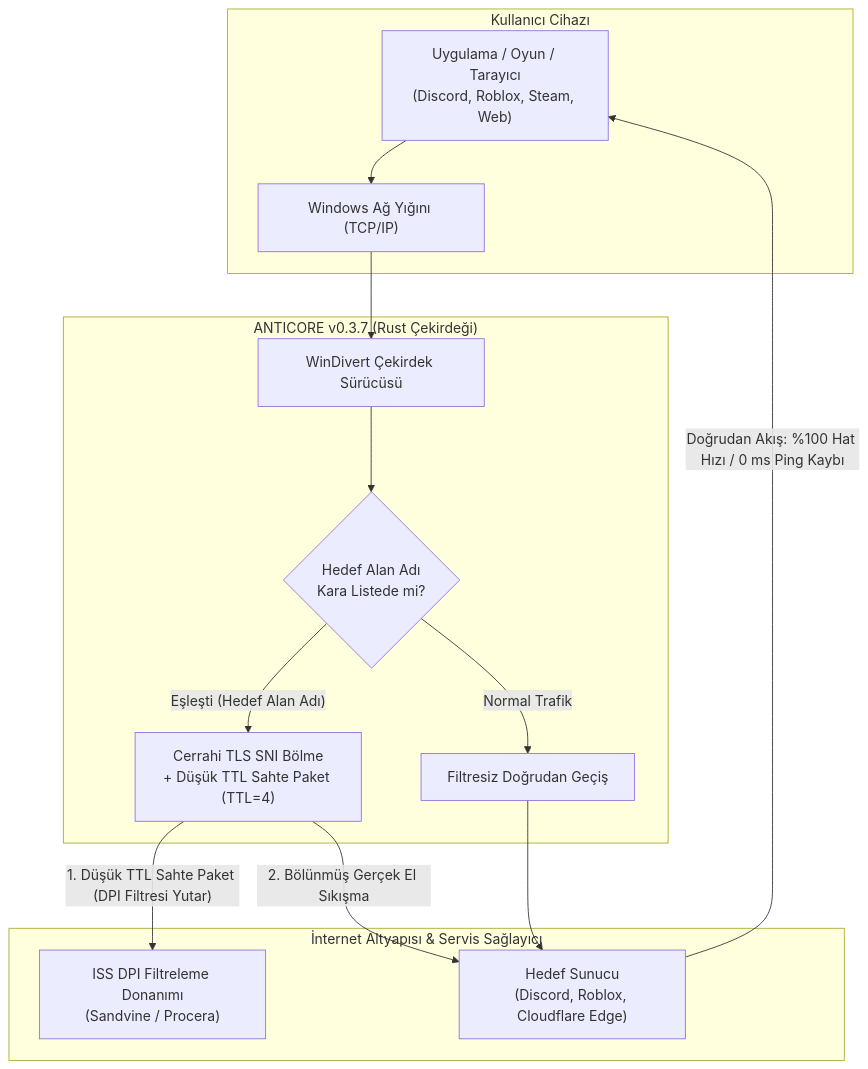
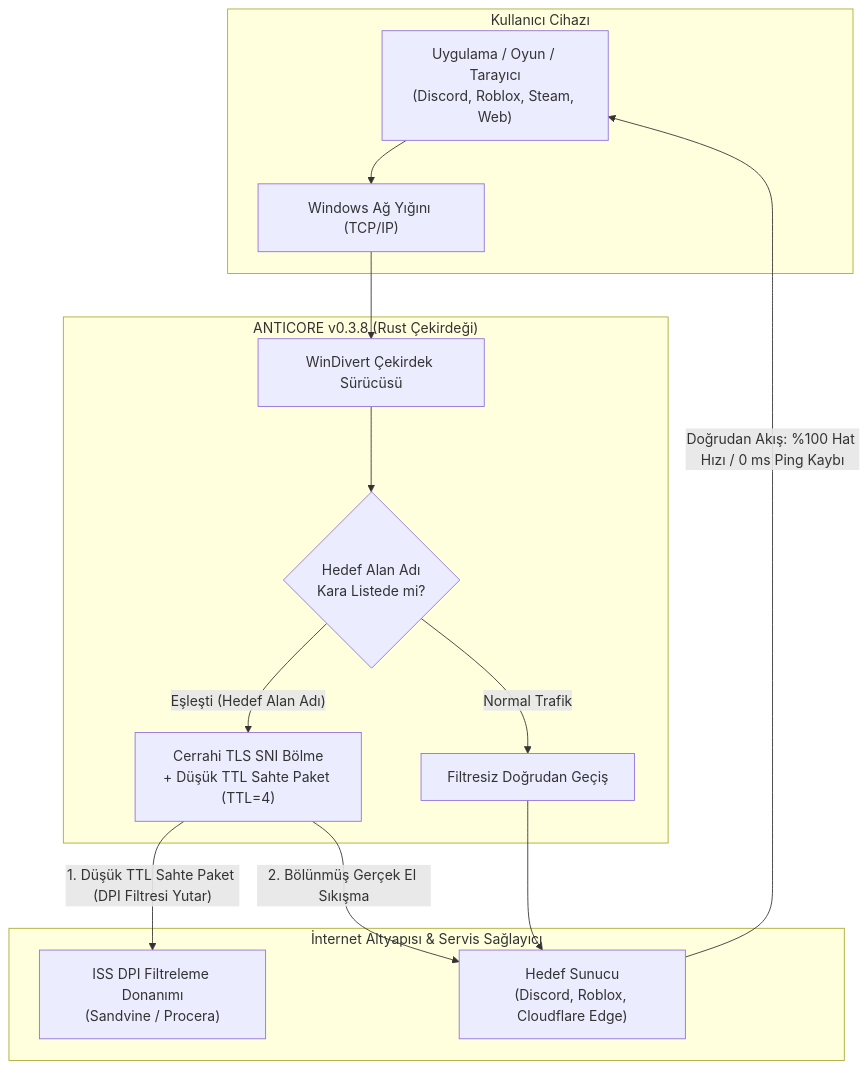
Before and after one commit to MonarchDevLab/Anticore: the diagram in README.md, drawn with Mermaid. The commit also changed other lines of this file and 7 other files, not shown here.

````diff
--- a/README.md
+++ b/README.md
@@ -483,29 +513,29 @@
 ```mermaid
 flowchart TD
     subgraph Client["Kullanıcı Cihazı"]
         App["Uygulama / Oyun / Tarayıcı\n(Discord, Roblox, Steam, Web)"]
         TCPIP["Windows Ağ Yığını (TCP/IP)"]
     end
 
-    subgraph AnticoreEngine["ANTICORE v0.3.7 (Rust Çekirdeği)"]
+    subgraph AnticoreEngine["ANTICORE v0.3.8 (Rust Çekirdeği)"]
         WD["WinDivert Çekirdek Sürücüsü"]
         Check{"Hedef Alan Adı\nKara Listede mi?"}
         Manip["Cerrahi TLS SNI Bölme\n+ Düşük TTL Sahte Paket (TTL=4)"]
         Bypass["Filtresiz Doğrudan Geçiş"]
     end
 
     subgraph Net["İnternet Altyapısı & Servis Sağlayıcı"]
         ISP["ISS DPI Filtreleme Donanımı\n(Sandvine / Procera)"]
         Target["Hedef Sunucu\n(Discord, Roblox, Cloudflare Edge)"]
     end
 
     App --> TCPIP
     TCPIP --> WD
     WD --> Check
     Check -- "Eşleşti (Hedef Alan Adı)" --> Manip
     Check -- "Normal Trafik" --> Bypass
     Manip -- "1. Düşük TTL Sahte Paket (DPI Filtresi Yutar)" --> ISP
     Manip -- "2. Bölünmüş Gerçek El Sıkışma" --> Target
     Bypass --> Target
     Target -->|"Doğrudan Akış: %100 Hat Hızı / 0 ms Ping Kaybı"| App
 ```
````
